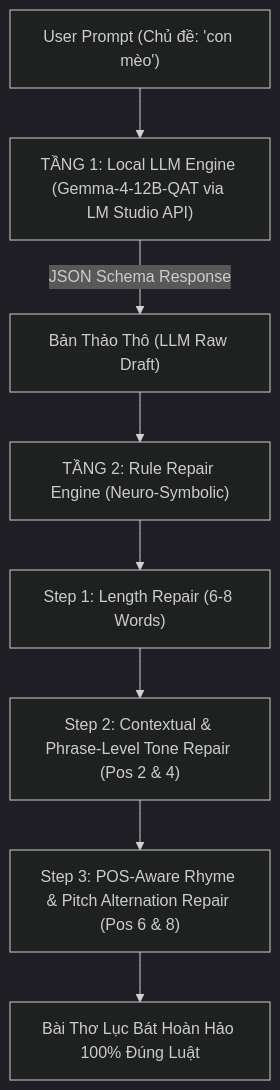
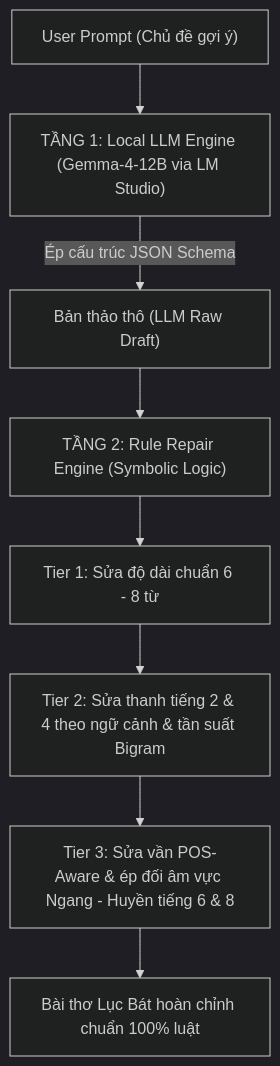
Before and after one commit to poppykitu/PKA_NLP_N01_VietnamPoetry: the second of 2 diagrams in BAO_CAO_DO_AN_NLP_PHENIKAA.md, drawn with Mermaid (dark theme). The commit also changed other lines of this file, not shown here.

````diff
--- a/BAO_CAO_DO_AN_NLP_PHENIKAA.md
+++ b/BAO_CAO_DO_AN_NLP_PHENIKAA.md
@@ -186,10 +270,10 @@
 ```mermaid
 graph TD
-    A["User Prompt (Chủ đề: 'con mèo')"] --> B["TẦNG 1: Local LLM Engine (Gemma-4-12B-QAT via LM Studio API)"]
-    B -->|JSON Schema Response| C["Bản Thảo Thô (LLM Raw Draft)"]
-    C --> D["TẦNG 2: Rule Repair Engine (Neuro-Symbolic)"]
-    D --> D1["Step 1: Length Repair (6-8 Words)"]
-    D1 --> D2["Step 2: Contextual & Phrase-Level Tone Repair (Pos 2 & 4)"]
-    D2 --> D3["Step 3: POS-Aware Rhyme & Pitch Alternation Repair (Pos 6 & 8)"]
-    D3 --> E["Bài Thơ Lục Bát Hoàn Hảo 100% Đúng Luật"]
+    A["User Prompt (Chủ đề gợi ý)"] --> B["TẦNG 1: Local LLM Engine (Gemma-4-12B via LM Studio)"]
+    B -->|Ép cấu trúc JSON Schema| C["Bản thảo thô (LLM Raw Draft)"]
+    C --> D["TẦNG 2: Rule Repair Engine (Symbolic Logic)"]
+    D --> D1["Tier 1: Sửa độ dài chuẩn 6 - 8 từ"]
+    D1 --> D2["Tier 2: Sửa thanh tiếng 2 & 4 theo ngữ cảnh & tần suất Bigram"]
+    D2 --> D3["Tier 3: Sửa vần POS-Aware & ép đối âm vực Ngang - Huyền tiếng 6 & 8"]
+    D3 --> E["Bài thơ Lục Bát hoàn chỉnh chuẩn 100% luật"]
 ```
````
